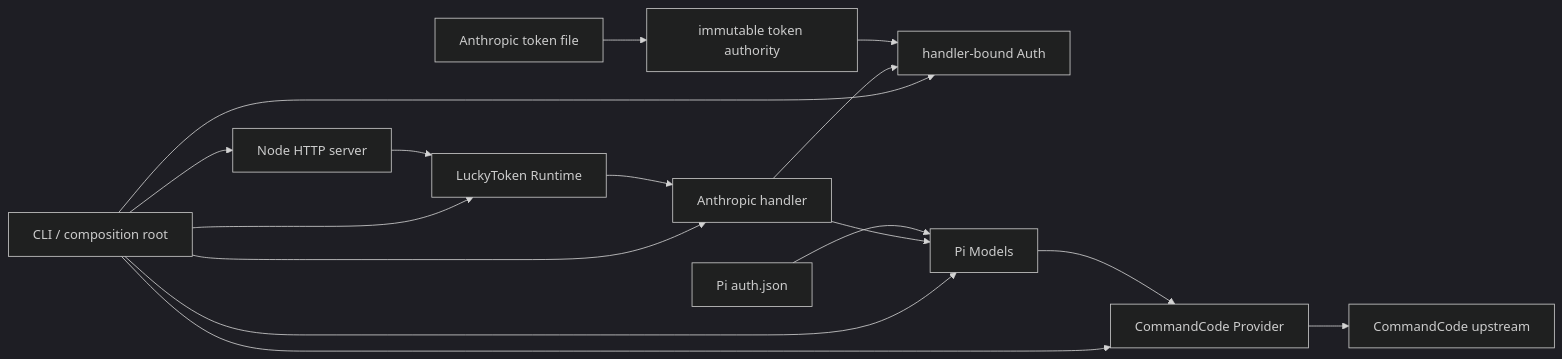
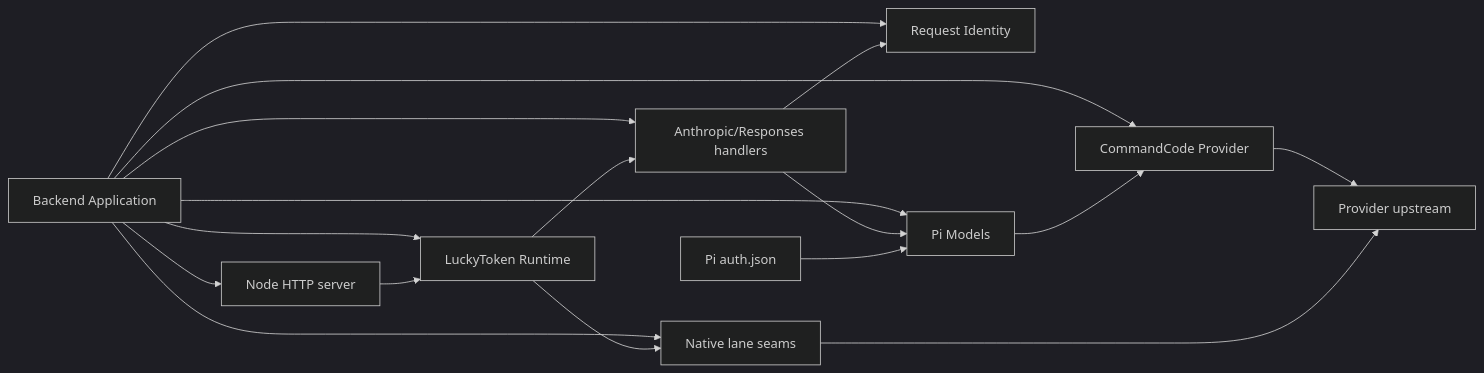
One commit to keeplearning2026/LuckyToken changed the fourth of 19 diagrams in doc/LuckyTokenArchitecture.md. Above: the diagram before and after it, drawn with Mermaid (dark theme). The commit also changed other lines of this file and 19 other files, not shown here.

Commit message:
docs: synchronize current architecture and product guidance

````diff
--- a/doc/LuckyTokenArchitecture.md
+++ b/doc/LuckyTokenArchitecture.md
@@ -257,20 +269,20 @@
 ```mermaid
 flowchart LR
-    CLI["CLI / composition root"] --> Server["Node HTTP server"]
-    CLI --> Runtime["LuckyToken Runtime"]
-    CLI --> AH["Anthropic handler"]
-    CLI --> Auth["handler-bound Auth"]
-    CLI --> Models["Pi Models"]
-    CLI --> CCP["CommandCode Provider"]
+    APP["Backend Application"] --> Server["Node HTTP server"]
+    APP --> Runtime["LuckyToken Runtime"]
+    APP --> AH["Anthropic/Responses handlers"]
+    APP --> Identity["Request Identity"]
+    APP --> Models["Pi Models"]
+    APP --> CCP["CommandCode Provider"]
+    APP --> Native["Native lane seams"]
 
     Server --> Runtime
     Runtime --> AH
-    AH --> Auth
+    AH --> Identity
     AH --> Models
     Models --> CCP
-    CCP --> Upstream["CommandCode upstream"]
-
-    TokenFile["Anthropic token file"] --> Authority["immutable token authority"]
-    Authority --> Auth
+    Runtime --> Native
+    CCP --> Upstream["Provider upstream"]
+    Native --> Upstream
     PiAuth["Pi auth.json"] --> Models
 ```
````
